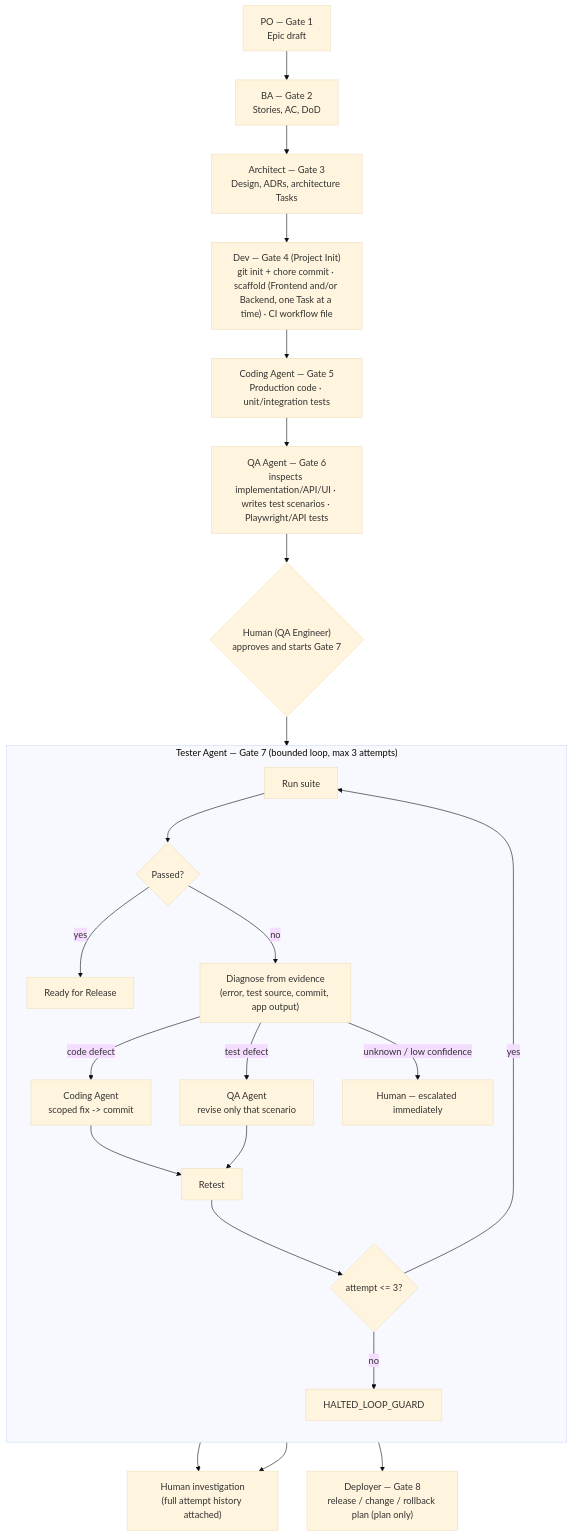
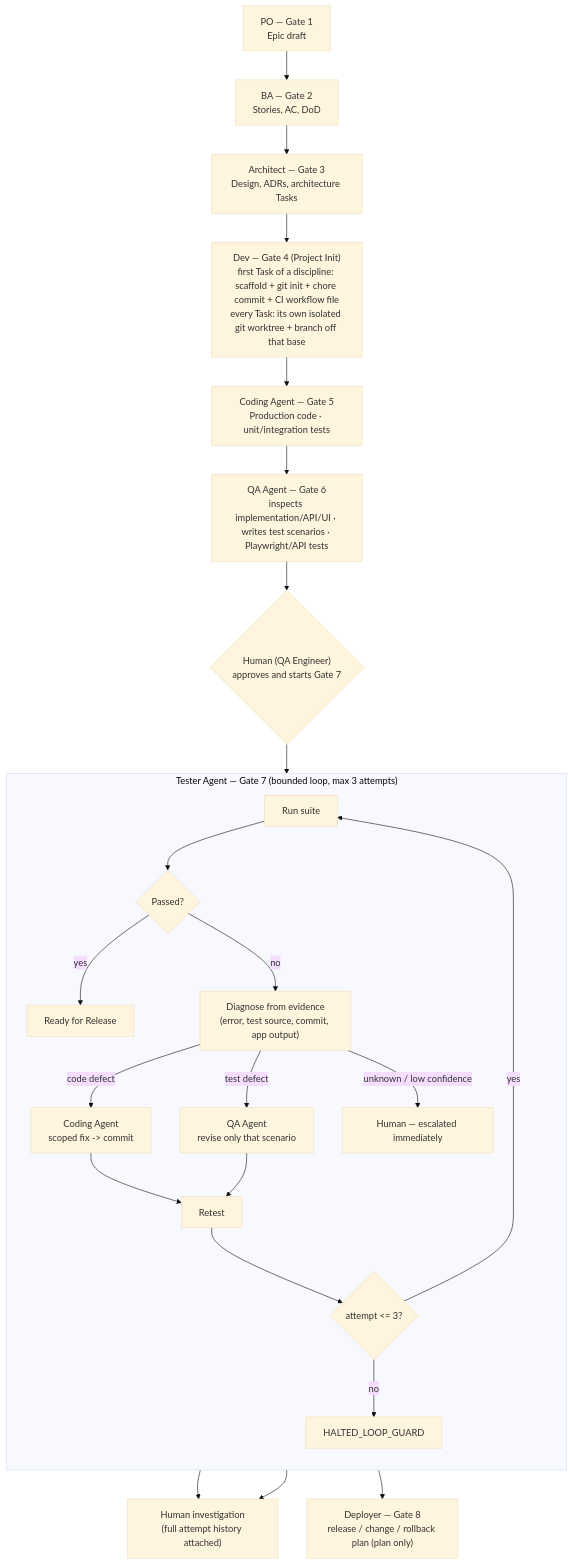
One commit to HasithaErandika/aura changed the second of 3 diagrams in docs/ARCHITECTURE.md. Above: the diagram before and after it, drawn with Mermaid (base theme). The commit also changed other lines of this file and 16 other files, not shown here.

````diff
--- a/docs/ARCHITECTURE.md
+++ b/docs/ARCHITECTURE.md
@@ -176,29 +183,29 @@
 ```mermaid
 flowchart TD
     PO["PO — Gate 1<br/>Epic draft"] --> BA["BA — Gate 2<br/>Stories, AC, DoD"]
     BA --> ARCH["Architect — Gate 3<br/>Design, ADRs, architecture Tasks"]
-    ARCH --> DEV["Dev — Gate 4 (Project Init)<br/>git init + chore commit · scaffold (Frontend and/or Backend, one Task at a time) · CI workflow file"]
+    ARCH --> DEV["Dev — Gate 4 (Project Init)<br/>first Task of a discipline: scaffold + git init + chore commit + CI workflow file<br/>every Task: its own isolated git worktree + branch off that base"]
     DEV --> CODE["Coding Agent — Gate 5<br/>Production code · unit/integration tests"]
     CODE --> QA["QA Agent — Gate 6<br/>inspects implementation/API/UI · writes test scenarios · Playwright/API tests"]
     QA --> QAOK{"Human (QA Engineer)<br/>approves and starts Gate 7"}
     QAOK --> RUN
 
     subgraph TESTER["Tester Agent — Gate 7 (bounded loop, max 3 attempts)"]
         direction TB
         RUN["Run suite"] --> PASSCHK{"Passed?"}
         PASSCHK -->|"yes"| DONE["Ready for Release"]
         PASSCHK -->|"no"| DIAG["Diagnose from evidence<br/>(error, test source, commit, app output)"]
         DIAG -->|"code defect"| TOCODE["Coding Agent<br/>scoped fix -> commit"]
         DIAG -->|"test defect"| TOQA["QA Agent<br/>revise only that scenario"]
         DIAG -->|"unknown / low confidence"| ESCALATE["Human — escalated immediately"]
         TOCODE --> RETEST["Retest"]
         TOQA --> RETEST
         RETEST --> CAP{"attempt <= 3?"}
         CAP -->|"yes"| RUN
         CAP -->|"no"| HALT["HALTED_LOOP_GUARD"]
     end
 
     ESCALATE --> HUMAN["Human investigation<br/>(full attempt history attached)"]
     HALT --> HUMAN
     DONE --> DEPLOY["Deployer — Gate 8<br/>release / change / rollback plan (plan only)"]
 ```
````
